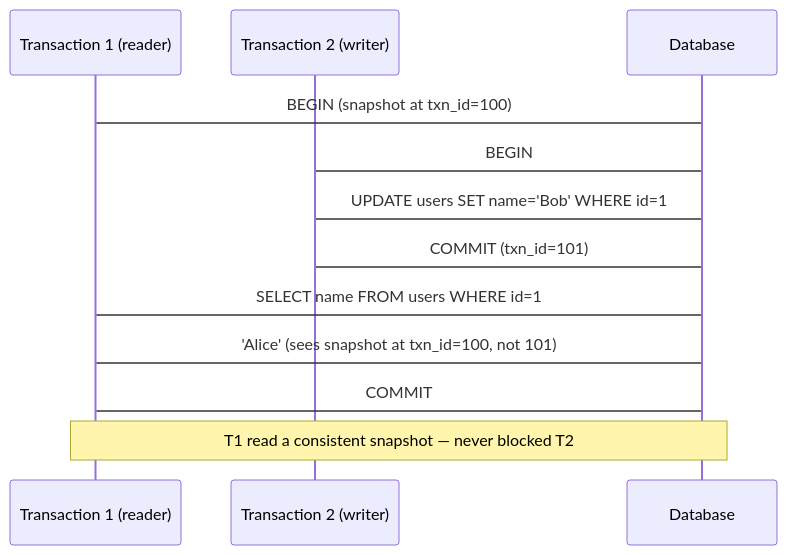
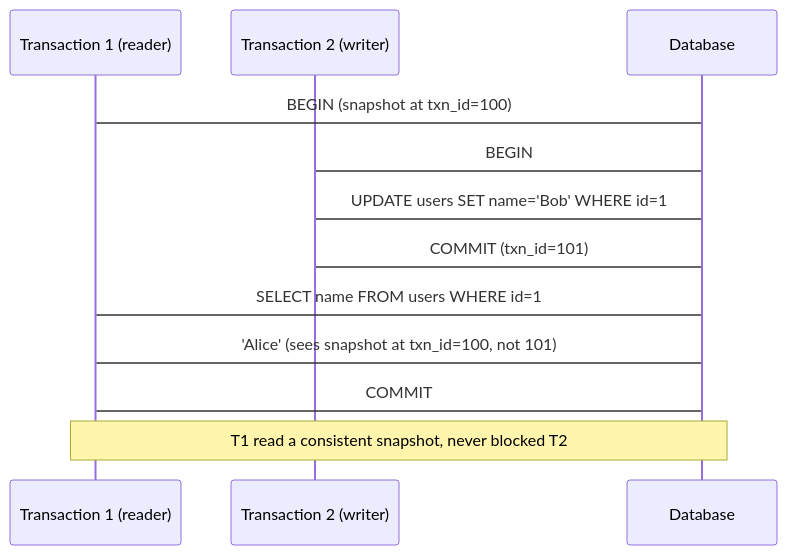
One commit to umbertocicciaa/blog-umbertodomenico-ciccia changed the sixth of 8 diagrams in content/posts/system-design-notes.md. Above: the diagram before and after it, drawn with Mermaid. The commit also changed other lines of this file and 24 other files, not shown here.

````diff
--- a/content/posts/system-design-notes.md
+++ b/content/posts/system-design-notes.md
@@ -968,14 +968,14 @@
 ```mermaid
 sequenceDiagram
     participant T1 as Transaction 1 (reader)
     participant T2 as Transaction 2 (writer)
     participant DB as Database
     T1->DB: BEGIN (snapshot at txn_id=100)
     T2->DB: BEGIN
     T2->DB: UPDATE users SET name='Bob' WHERE id=1
     T2->DB: COMMIT (txn_id=101)
     T1->DB: SELECT name FROM users WHERE id=1
     DB->T1: 'Alice' (sees snapshot at txn_id=100, not 101)
     T1->DB: COMMIT
-    Note over T1,DB: T1 read a consistent snapshot — never blocked T2
+    Note over T1,DB: T1 read a consistent snapshot, never blocked T2
 ```
````
